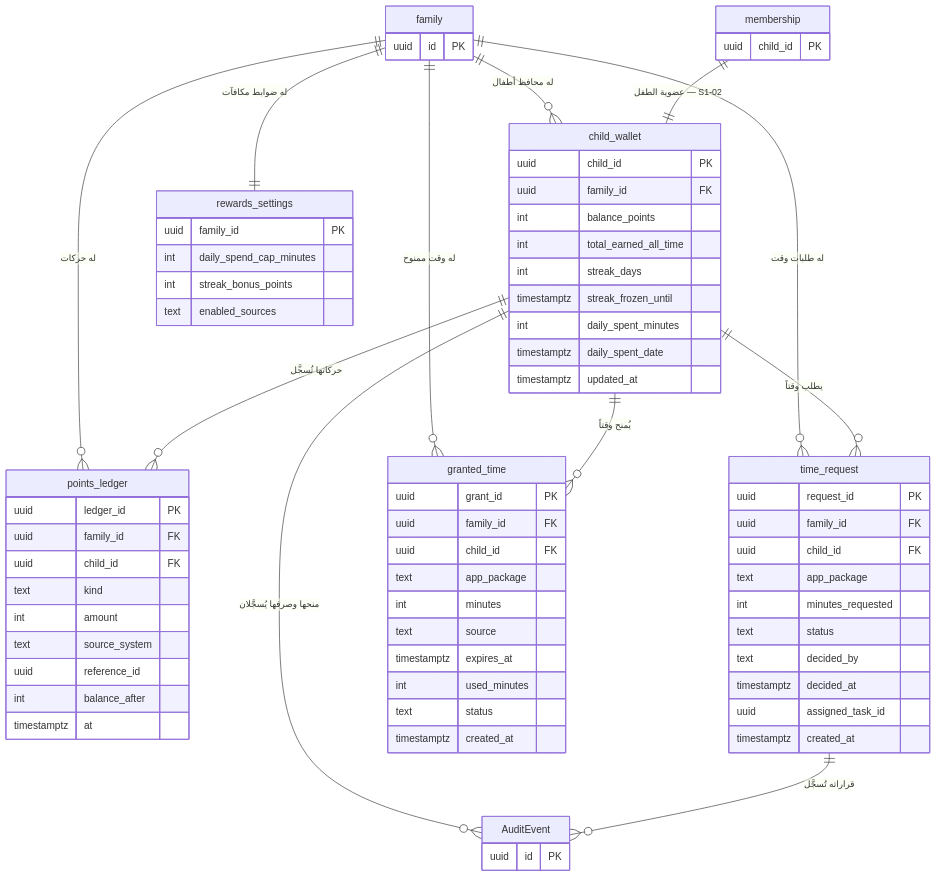
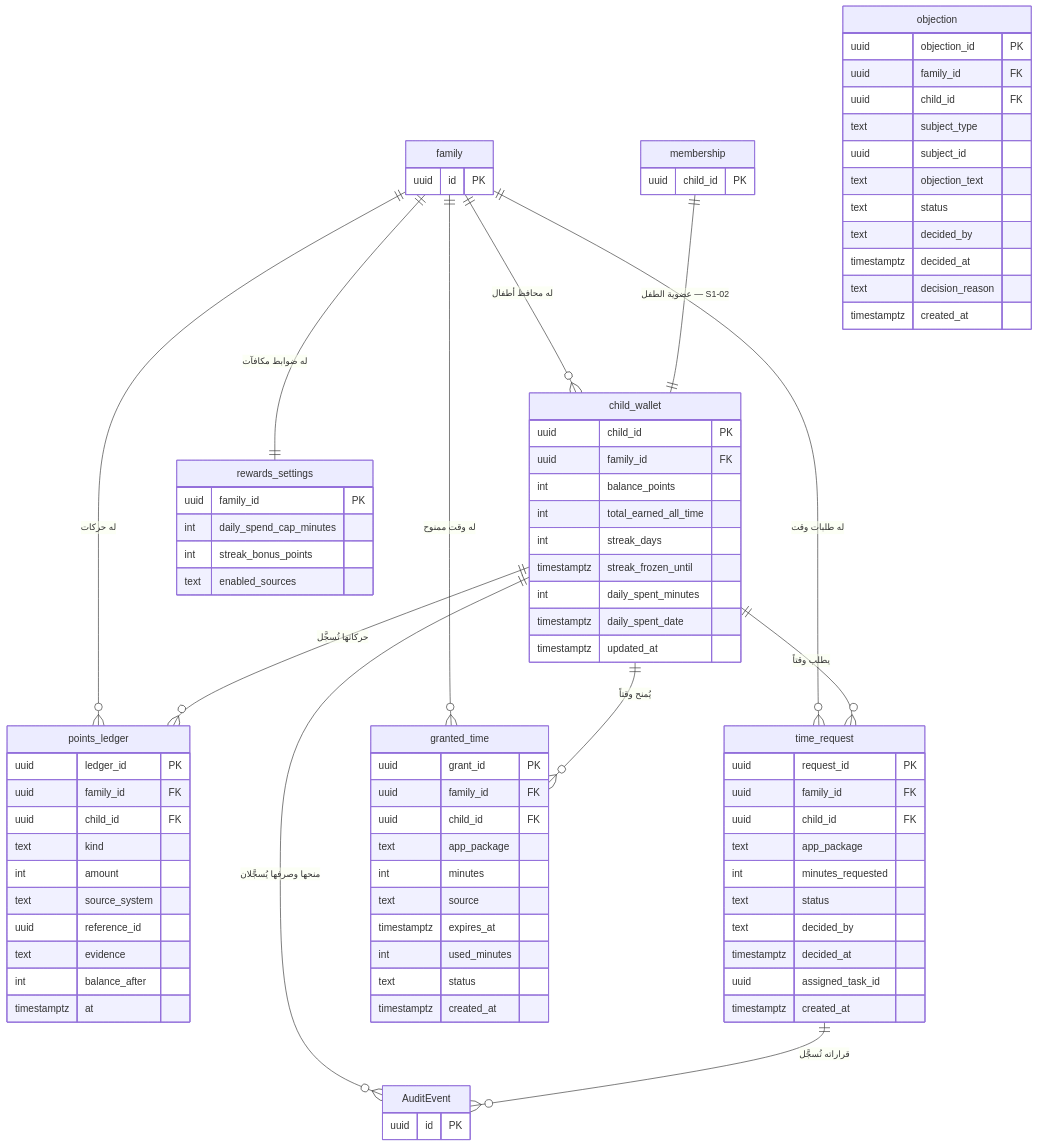
The second of 12 diagrams in docs/family-os/governance/phases/phase-1/S1-05-rewards-children/DIAGRAMS.md (Bassam-mohammed-alqaeadi/family-os-v2), drawn with Mermaid before and after one commit. The commit also changed other lines of this file and 10 other files, not shown here.

Commit message:
إغلاق المراجعة الشاملة R1–R5 (Q-196…Q-231) — المخططات DIAGRAMS + خريطة السياق (2/4)

```diff
--- a/docs/family-os/governance/phases/phase-1/S1-05-rewards-children/DIAGRAMS.md
+++ b/docs/family-os/governance/phases/phase-1/S1-05-rewards-children/DIAGRAMS.md
@@ -108,6 +108,7 @@
         int amount
         text source_system
         uuid reference_id
+        text evidence
         int balance_after
         timestamptz at
     }
@@ -121,6 +122,19 @@
         text decided_by
         timestamptz decided_at
         uuid assigned_task_id
+        timestamptz created_at
+    }
+    objection {
+        uuid objection_id PK
+        uuid family_id FK
+        uuid child_id FK
+        text subject_type
+        uuid subject_id
+        text objection_text
+        text status
+        text decided_by
+        timestamptz decided_at
+        text decision_reason
         timestamptz created_at
     }
     granted_time {
```
